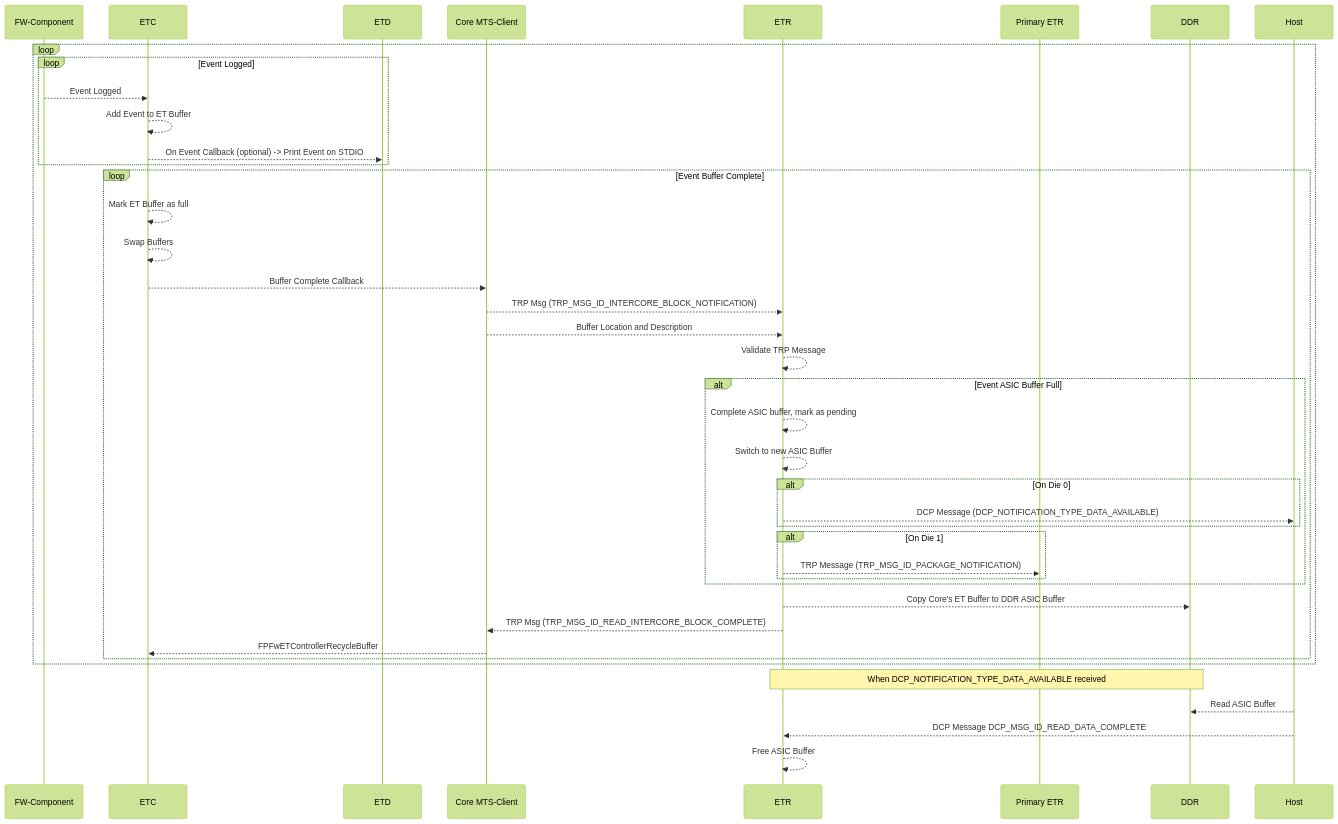
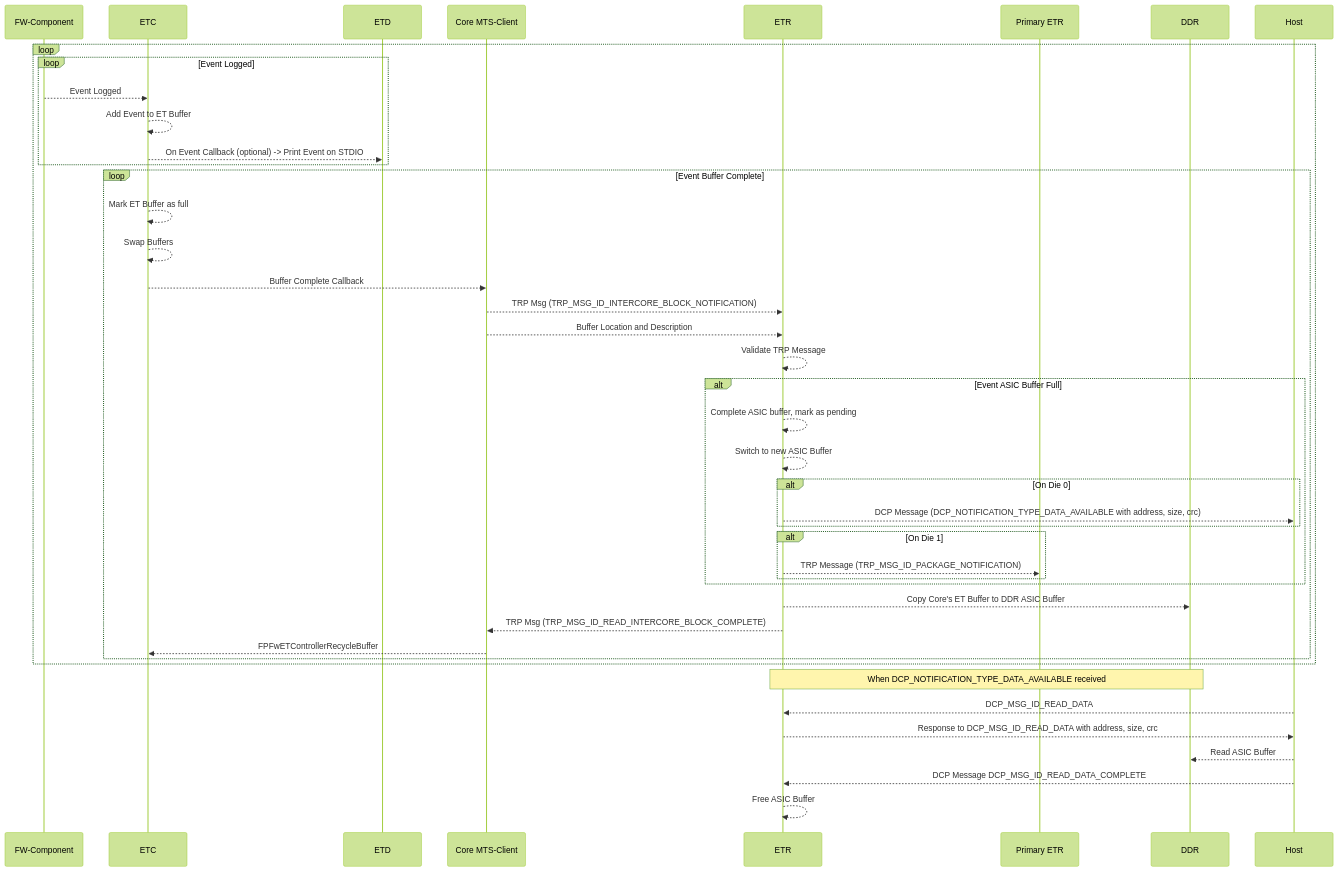
The sixth of 9 diagrams in docs/development/FirmwareDesign/EventTraceTelemetry.md (jivahire-com/cpp-thread-safe-cache), drawn with Mermaid (forest theme) before and after one commit. The commit also changed other lines of this file and 11 other files, not shown here.

```diff
--- a/docs/development/FirmwareDesign/EventTraceTelemetry.md
+++ b/docs/development/FirmwareDesign/EventTraceTelemetry.md
@@ -239,46 +238,48 @@
 :::mermaid
 sequenceDiagram
     participant FW-Component
     participant ETC
     participant ETD
     participant Core MTS-Client
     participant ETR
     participant Primary ETR
     participant DDR
     participant Host
 
     loop
         loop Event Logged
             FW-Component -->> ETC: Event Logged
             ETC -->> ETC: Add Event to ET Buffer
             ETC -->> ETD: On Event Callback (optional) -> Print Event on STDIO
         end
 
         loop Event Buffer Complete
             ETC -->> ETC: Mark ET Buffer as full
             ETC -->> ETC: Swap Buffers
             ETC -->> Core MTS-Client: Buffer Complete Callback
             Core MTS-Client -->> ETR: TRP Msg (TRP_MSG_ID_INTERCORE_BLOCK_NOTIFICATION)
             Core MTS-Client -->> ETR: Buffer Location and Description
             ETR -->> ETR: Validate TRP Message
             alt Event ASIC Buffer Full
                 ETR -->> ETR: Complete ASIC buffer, mark as pending
                 ETR -->> ETR: Switch to new ASIC Buffer
                 alt On Die 0
-                    ETR -->> Host: DCP Message (DCP_NOTIFICATION_TYPE_DATA_AVAILABLE)
+                    ETR -->> Host: DCP Message (DCP_NOTIFICATION_TYPE_DATA_AVAILABLE with address, size, crc)
                 end
                 alt On Die 1
                     ETR -->> Primary ETR: TRP Message (TRP_MSG_ID_PACKAGE_NOTIFICATION)
                 end
             end
             ETR -->> DDR: Copy Core's ET Buffer to DDR ASIC Buffer
             ETR -->> Core MTS-Client: TRP Msg (TRP_MSG_ID_READ_INTERCORE_BLOCK_COMPLETE)
             Core MTS-Client -->> ETC: FPFwETControllerRecycleBuffer
         end
     end
         
     note over ETR, DDR: When DCP_NOTIFICATION_TYPE_DATA_AVAILABLE received
+    Host -->> ETR: DCP_MSG_ID_READ_DATA
+    ETR -->> Host: Response to DCP_MSG_ID_READ_DATA with address, size, crc
     Host -->> DDR: Read ASIC Buffer
     Host -->> ETR: DCP Message DCP_MSG_ID_READ_DATA_COMPLETE
     ETR -->> ETR: Free ASIC Buffer
 :::
```
